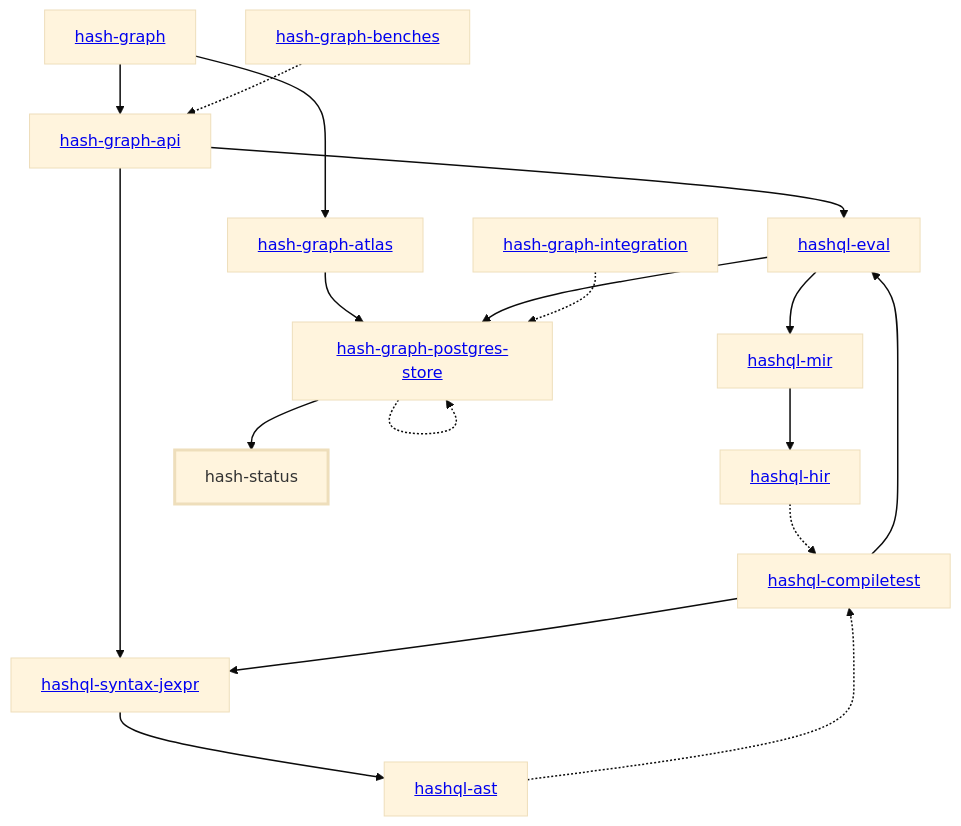
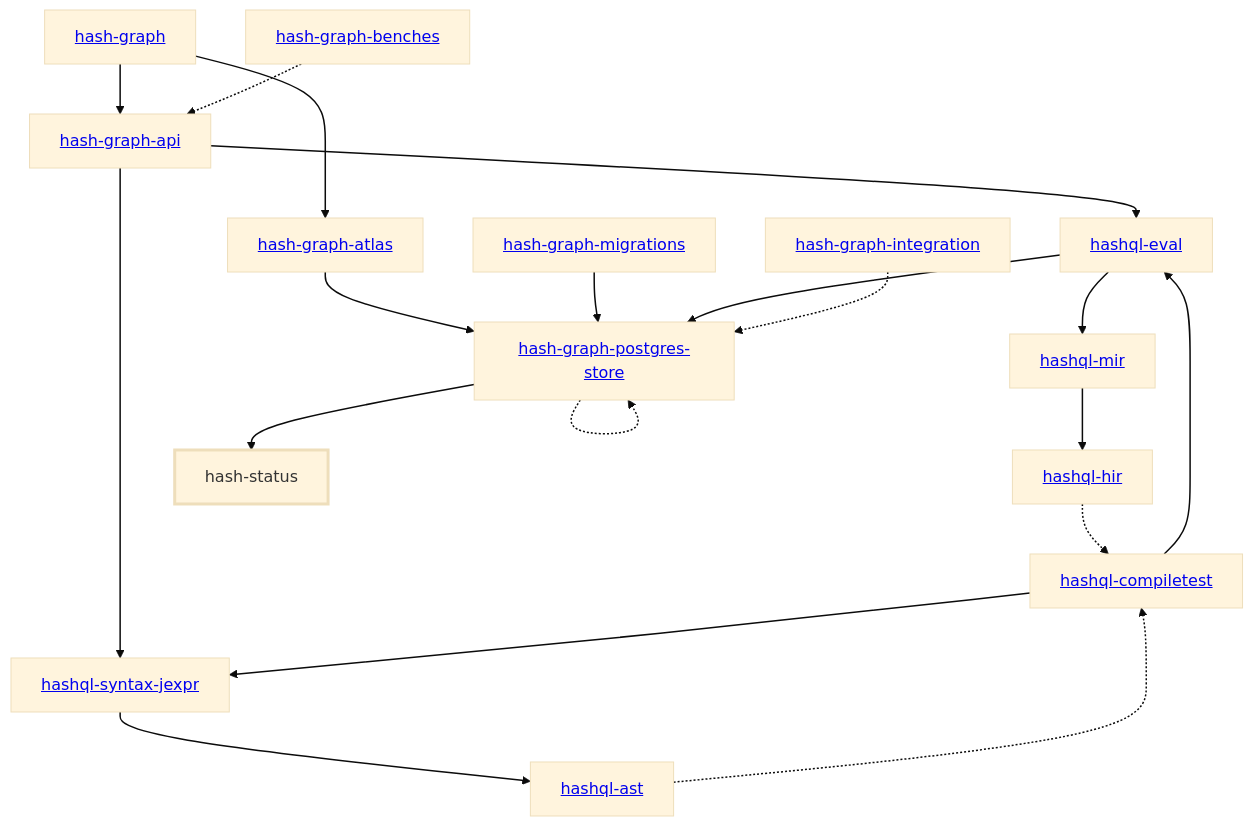
Before and after one commit to hashintel/hash: the diagram in libs/@local/status/rust/docs/dependency-diagram.mmd, drawn with Mermaid (base theme). The commit also changed 23 other files, not shown here.

First line of the commit message:
Connect the migrations CLI to Postgres over TLS

```diff
--- a/libs/@local/status/rust/docs/dependency-diagram.mmd
+++ b/libs/@local/status/rust/docs/dependency-diagram.mmd
@@ -1,41 +1,43 @@
 graph TD
     linkStyle default stroke-width:1.5px
     classDef default stroke-width:1px
     classDef root stroke-width:3px
     classDef dev stroke-width:1px
     classDef build stroke-width:1px
     %% Legend
     %% --> : Normal dependency
     %% -.-> : Dev dependency
     %% ---> : Build dependency
     0[<a href="../hash_graph/index.html">hash-graph</a>]
     1[<a href="../hash_graph_api/index.html">hash-graph-api</a>]
     2[<a href="../hash_graph_atlas/index.html">hash-graph-atlas</a>]
-    3[<a href="../hash_graph_postgres_store/index.html">hash-graph-postgres-store</a>]
-    4[<a href="../hashql_ast/index.html">hashql-ast</a>]
-    5[<a href="../hashql_compiletest/index.html">hashql-compiletest</a>]
-    6[<a href="../hashql_eval/index.html">hashql-eval</a>]
-    7[<a href="../hashql_hir/index.html">hashql-hir</a>]
-    8[<a href="../hashql_mir/index.html">hashql-mir</a>]
-    9[<a href="../hashql_syntax_jexpr/index.html">hashql-syntax-jexpr</a>]
-    10[hash-status]
-    class 10 root
-    11[<a href="../hash_graph_benches/index.html">hash-graph-benches</a>]
-    12[<a href="../hash_graph_integration/index.html">hash-graph-integration</a>]
+    3[<a href="../hash_graph_migrations/index.html">hash-graph-migrations</a>]
+    4[<a href="../hash_graph_postgres_store/index.html">hash-graph-postgres-store</a>]
+    5[<a href="../hashql_ast/index.html">hashql-ast</a>]
+    6[<a href="../hashql_compiletest/index.html">hashql-compiletest</a>]
+    7[<a href="../hashql_eval/index.html">hashql-eval</a>]
+    8[<a href="../hashql_hir/index.html">hashql-hir</a>]
+    9[<a href="../hashql_mir/index.html">hashql-mir</a>]
+    10[<a href="../hashql_syntax_jexpr/index.html">hashql-syntax-jexpr</a>]
+    11[hash-status]
+    class 11 root
+    12[<a href="../hash_graph_benches/index.html">hash-graph-benches</a>]
+    13[<a href="../hash_graph_integration/index.html">hash-graph-integration</a>]
     0 --> 1
     0 --> 2
-    1 --> 6
-    1 --> 9
-    2 --> 3
-    3 -.-> 3
-    3 --> 10
-    4 -.-> 5
-    5 --> 6
-    5 --> 9
-    6 --> 3
-    6 --> 8
-    7 -.-> 5
-    8 --> 7
-    9 --> 4
-    11 -.-> 1
-    12 -.-> 3
+    1 --> 7
+    1 --> 10
+    2 --> 4
+    3 --> 4
+    4 -.-> 4
+    4 --> 11
+    5 -.-> 6
+    6 --> 7
+    6 --> 10
+    7 --> 4
+    7 --> 9
+    8 -.-> 6
+    9 --> 8
+    10 --> 5
+    12 -.-> 1
+    13 -.-> 4
```
